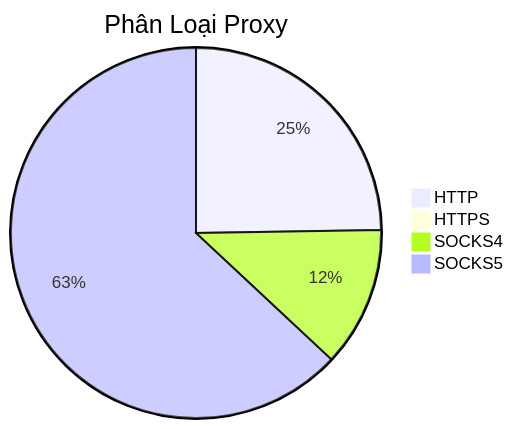
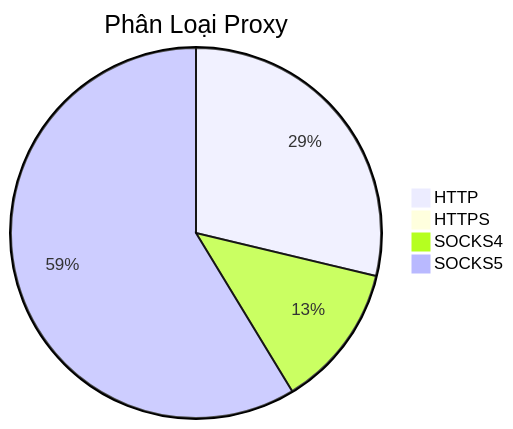
Before and after one commit to Ciara-Aa/PROXY-free: the diagram in README.md, drawn with Mermaid. The commit also changed other lines of this file and 4 other files, not shown here.

````diff
--- a/README.md
+++ b/README.md
@@ -26,7 +26,7 @@
 ```mermaid
 pie title Phân Loại Proxy
-    "HTTP" : 371
-    "HTTPS" : 1
-    "SOCKS4" : 183
-    "SOCKS5" : 945
+    "HTTP" : 514
+    "HTTPS" : 2
+    "SOCKS4" : 225
+    "SOCKS5" : 1050
 ```
````
